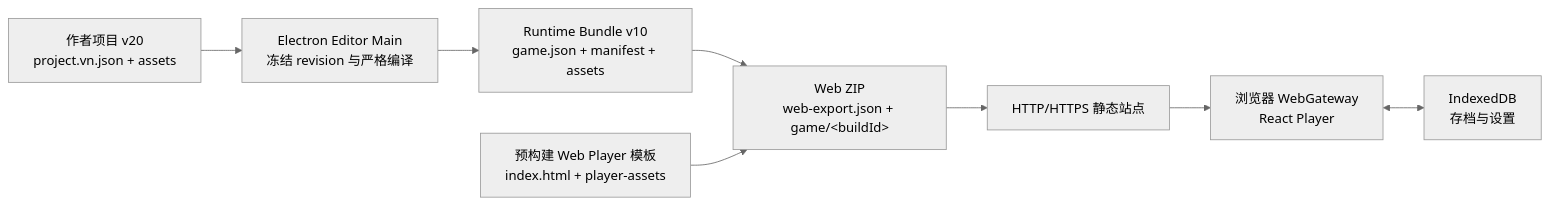
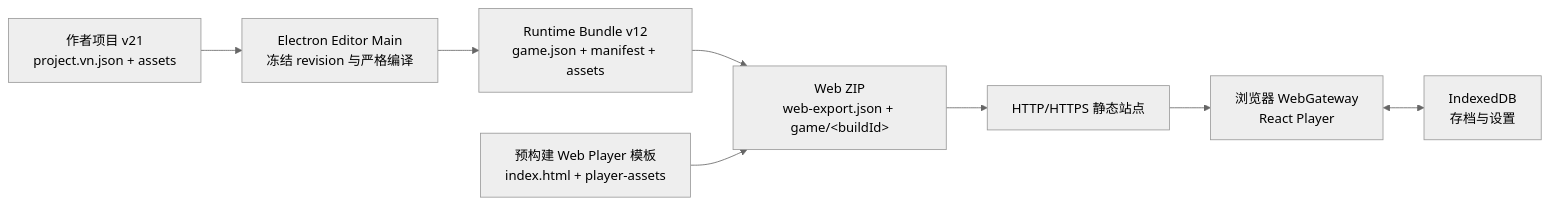
Before and after one commit to DarkboyRyan/Scratch-Novel-Engine: the first of 2 diagrams in docs/web-player-export.md, drawn with Mermaid (neutral theme). The commit also changed other lines of this file and 187 other files, not shown here.

````diff
--- a/docs/web-player-export.md
+++ b/docs/web-player-export.md
@@ -55,16 +57,16 @@
 ```mermaid
 flowchart LR
-  AUTHOR["作者项目 v20<br/>project.vn.json + assets"]
+  AUTHOR["作者项目 v21<br/>project.vn.json + assets"]
   EDITOR["Electron Editor Main<br/>冻结 revision 与严格编译"]
-  RUNTIME["Runtime Bundle v10<br/>game.json + manifest + assets"]
+  RUNTIME["Runtime Bundle v12<br/>game.json + manifest + assets"]
   TEMPLATE["预构建 Web Player 模板<br/>index.html + player-assets"]
   ZIP["Web ZIP<br/>web-export.json + game/&lt;buildId&gt;"]
   HOST["HTTP/HTTPS 静态站点"]
   WEB["浏览器 WebGateway<br/>React Player"]
   STORAGE["IndexedDB<br/>存档与设置"]
 
   AUTHOR --> EDITOR --> RUNTIME --> ZIP
   TEMPLATE --> ZIP
   ZIP --> HOST --> WEB
   WEB <--> STORAGE
 ```
````
